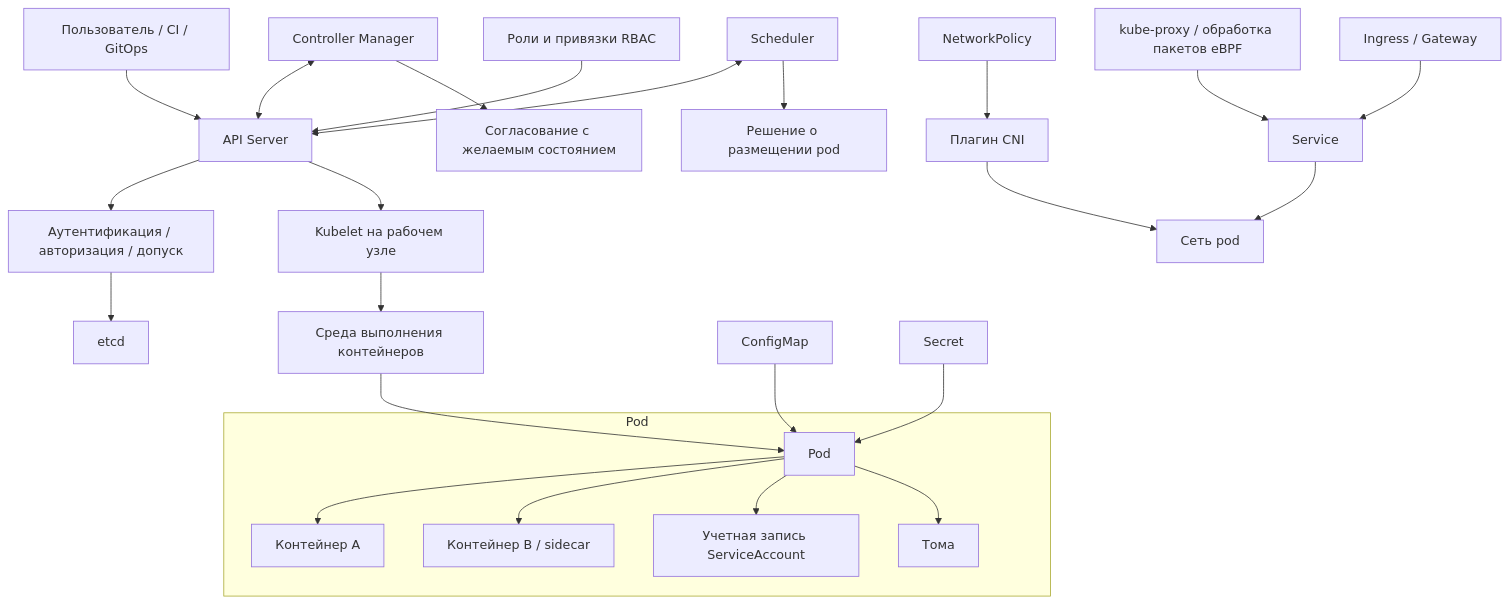
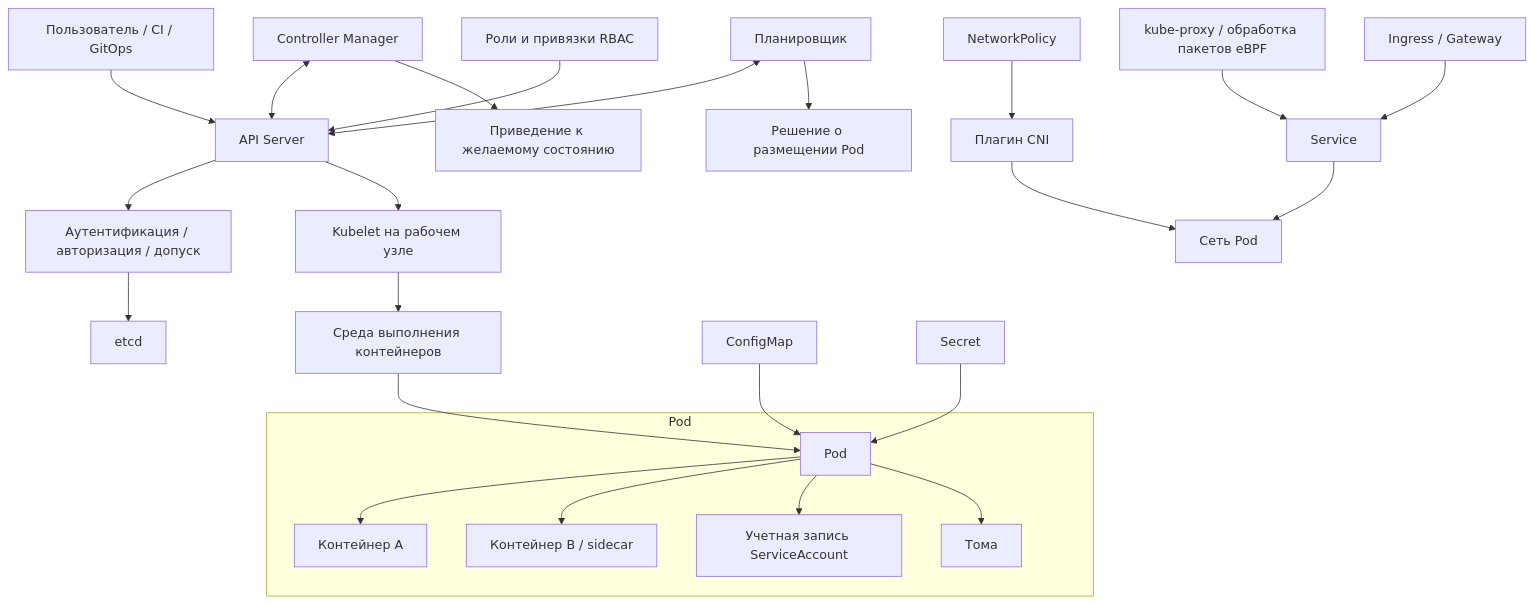
Before and after one commit to defrixx/defrixx.github.io: the sixth of 17 diagrams in reference/infrastructure-technologies/infrastructure-technologies.ru.md, drawn with Mermaid. The commit also changed other lines of this file and 149 other files, not shown here.

````diff
--- a/reference/infrastructure-technologies/infrastructure-technologies.ru.md
+++ b/reference/infrastructure-technologies/infrastructure-technologies.ru.md
@@ -369,32 +446,32 @@
 ```mermaid
 flowchart TB
   User["Пользователь / CI / GitOps"] --> API["API Server"]
   API --> Auth["Аутентификация / авторизация / допуск"]
   Auth --> ETCD["etcd"]
 
   Controller["Controller Manager"] <--> API
-  Scheduler["Scheduler"] <--> API
-  Controller --> Desired["Согласование с желаемым состоянием"]
-  Scheduler --> Placement["Решение о размещении pod"]
+  Scheduler["Планировщик"] <--> API
+  Controller --> Desired["Приведение к желаемому состоянию"]
+  Scheduler --> Placement["Решение о размещении Pod"]
 
   API --> Kubelet["Kubelet на рабочем узле"]
   Kubelet --> Runtime["Среда выполнения контейнеров"]
   Runtime --> Pod["Pod"]
 
   subgraph PodBox["Pod"]
     Pod --> C1["Контейнер A"]
     Pod --> C2["Контейнер B / sidecar"]
     Pod --> SA["Учетная запись ServiceAccount"]
     Pod --> Vol["Тома"]
   end
 
-  CNI["Плагин CNI"] --> PodNet["Сеть pod"]
+  CNI["Плагин CNI"] --> PodNet["Сеть Pod"]
   KubeProxy["kube-proxy / обработка пакетов eBPF"] --> Service["Service"]
   Ingress["Ingress / Gateway"] --> Service
   Service --> PodNet
 
   ConfigMap["ConfigMap"] --> Pod
   Secret["Secret"] --> Pod
   RBAC["Роли и привязки RBAC"] --> API
   NetworkPolicy["NetworkPolicy"] --> CNI
 ```
````
